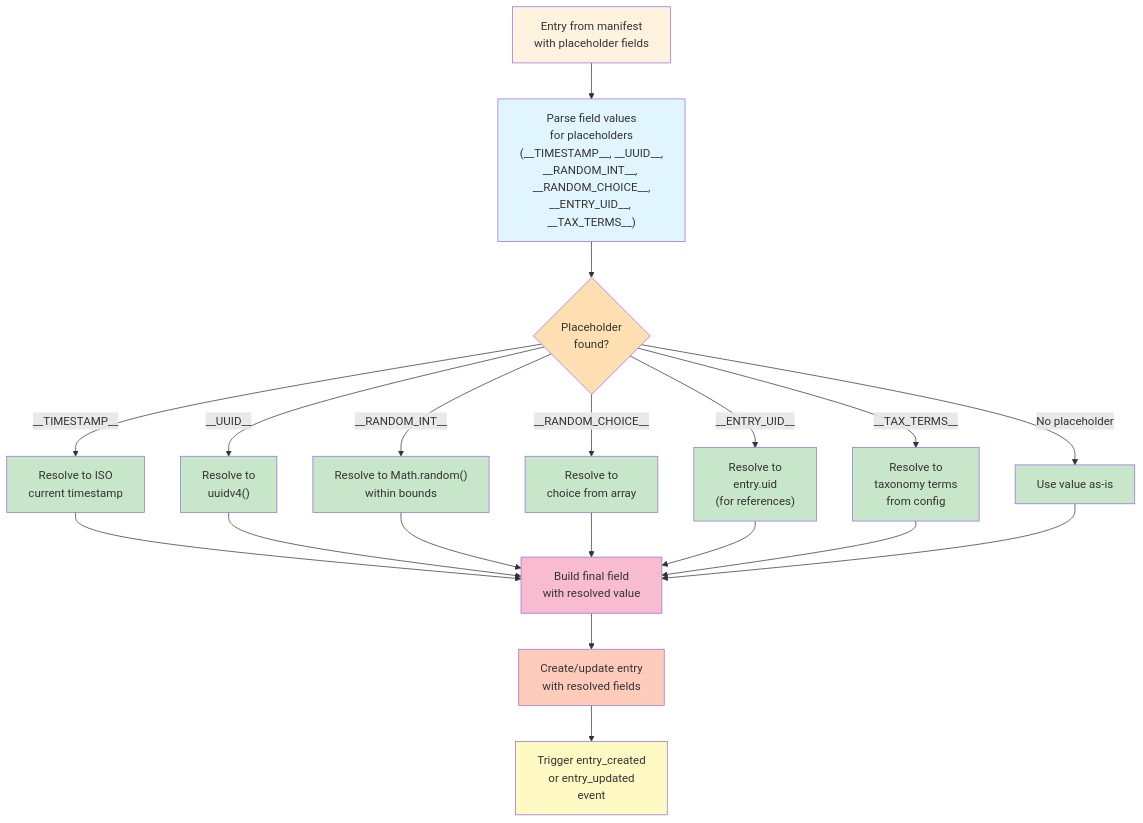
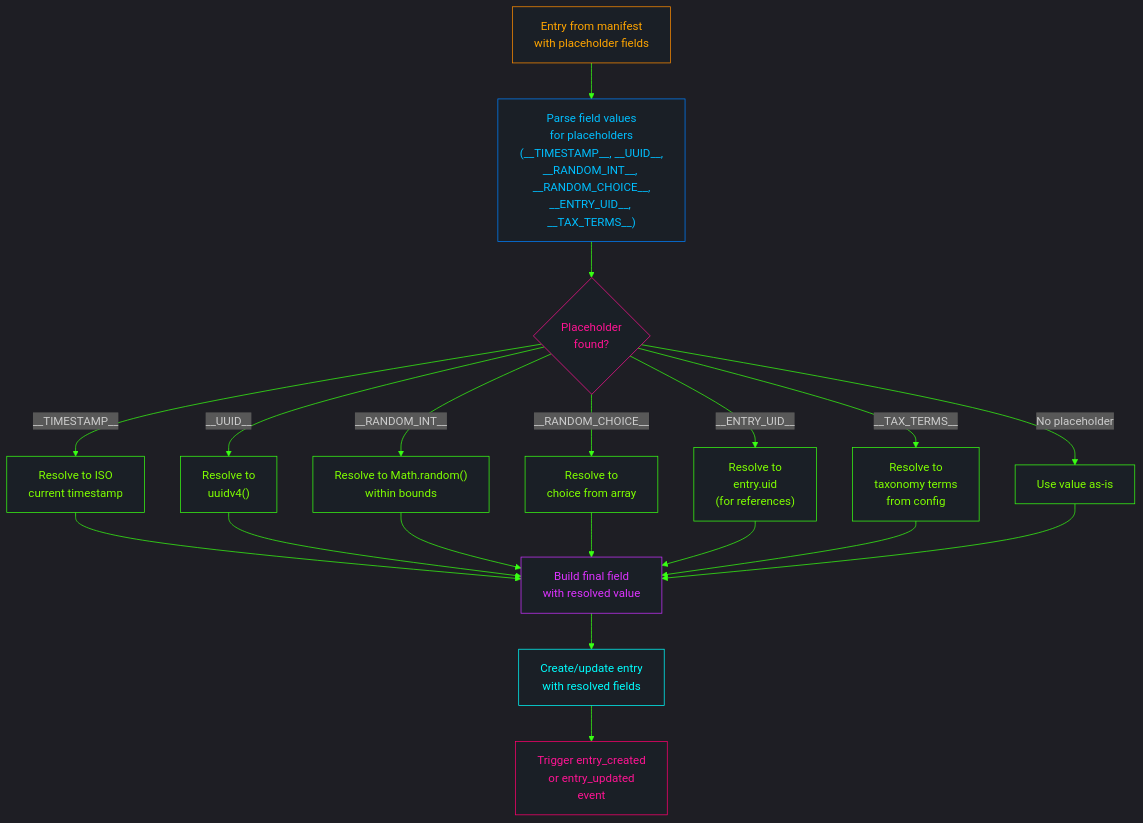
One commit to DiveshKumarChordia/contentstack-analytics-automation-lab changed the fourth of 6 diagrams in README.md. Above: the diagram before and after it, drawn with Mermaid. The commit also changed other lines of this file, not shown here.

````diff
--- a/README.md
+++ b/README.md
@@ -804,38 +917,39 @@
 ```mermaid
+%%{init: {'theme': 'dark', 'themeVariables': { 'primaryColor':'#0f1419', 'primaryTextColor':'#00ffff', 'primaryBorderColor':'#0080ff', 'lineColor':'#39ff14', 'secondBkgColor':'#1a1f26', 'tertiaryColor':'#0d1117'}}}%%
 graph TD
     START["Entry from manifest<br/>with placeholder fields"] --> PARSE["Parse field values<br/>for placeholders<br/>(__TIMESTAMP__, __UUID__,<br/>__RANDOM_INT__, __RANDOM_CHOICE__,<br/>__ENTRY_UID__, __TAX_TERMS__)"]
     
     PARSE --> CHECK{"Placeholder<br/>found?"}
     CHECK -->|__TIMESTAMP__| TS["Resolve to ISO<br/>current timestamp"]
     CHECK -->|__UUID__| UUID["Resolve to<br/>uuidv4()"]
     CHECK -->|__RANDOM_INT__| RINT["Resolve to Math.random()<br/>within bounds"]
     CHECK -->|__RANDOM_CHOICE__| RCHOICE["Resolve to<br/>choice from array"]
     CHECK -->|__ENTRY_UID__| EUID["Resolve to<br/>entry.uid<br/>(for references)"]
     CHECK -->|__TAX_TERMS__| TAX["Resolve to<br/>taxonomy terms<br/>from config"]
     CHECK -->|No placeholder| NOOP["Use value as-is"]
     
     TS --> BUILD["Build final field<br/>with resolved value"]
     UUID --> BUILD
     RINT --> BUILD
     RCHOICE --> BUILD
     EUID --> BUILD
     TAX --> BUILD
     NOOP --> BUILD
     
     BUILD --> ENTRY["Create/update entry<br/>with resolved fields"]
     ENTRY --> TRIGGER["Trigger entry_created<br/>or entry_updated<br/>event"]
     
-    style START fill:#fff3e0
-    style PARSE fill:#e1f5ff
-    style CHECK fill:#ffe0b2
-    style TS fill:#c8e6c9
-    style UUID fill:#c8e6c9
-    style RINT fill:#c8e6c9
-    style RCHOICE fill:#c8e6c9
-    style EUID fill:#c8e6c9
-    style TAX fill:#c8e6c9
-    style NOOP fill:#c8e6c9
-    style BUILD fill:#f8bbd0
-    style ENTRY fill:#ffccbc
-    style TRIGGER fill:#fff9c4
+    style START fill:#1a1f26,stroke:#ff8c00,color:#ffa500
+    style PARSE fill:#1a1f26,stroke:#0080ff,color:#00bfff
+    style CHECK fill:#1a1f26,stroke:#ff1493,color:#ff1493
+    style TS fill:#1a1f26,stroke:#39ff14,color:#7fff00
+    style UUID fill:#1a1f26,stroke:#39ff14,color:#7fff00
+    style RINT fill:#1a1f26,stroke:#39ff14,color:#7fff00
+    style RCHOICE fill:#1a1f26,stroke:#39ff14,color:#7fff00
+    style EUID fill:#1a1f26,stroke:#39ff14,color:#7fff00
+    style TAX fill:#1a1f26,stroke:#39ff14,color:#7fff00
+    style NOOP fill:#1a1f26,stroke:#39ff14,color:#7fff00
+    style BUILD fill:#1a1f26,stroke:#c833ff,color:#dd33ff
+    style ENTRY fill:#1a1f26,stroke:#00ffff,color:#00ffff
+    style TRIGGER fill:#1a1f26,stroke:#ff006e,color:#ff1493
 ```
````
